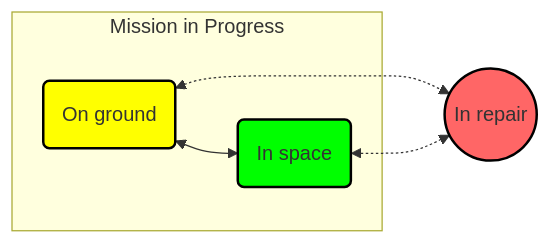
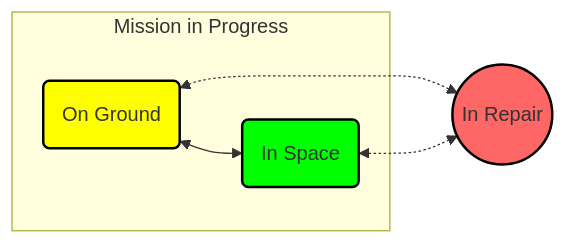
One commit to Ee-Cs/RecruitmentTaskS2 changed the third of 3 diagrams in docs/README.md. Above: the diagram before and after it, drawn with Mermaid. The commit also changed other lines of this file, not shown here.

````diff
--- a/docs/README.md
+++ b/docs/README.md
@@ -50,18 +50,18 @@
 ```mermaid
 flowchart LR
 %% 
-GND(On ground):::yellowBox
-SPC(In space):::greenBox
-REP((In repair)):::redBox
+GND(On Ground):::yellowBox
+SPC(In Space):::greenBox
+REP((In Repair)):::redBox
 
 subgraph "Mission in Progress"
   GND <--> SPC
 end
 GND <.-> REP
 SPC <.-> REP
 
 %% Style Definitions
   classDef redBox fill: #ff6666, stroke: #000, stroke-width: 2px
   classDef greenBox fill: #00ff00, stroke: #000, stroke-width: 2px
   classDef yellowBox fill: #ffff00, stroke: #000, stroke-width: 2px
 ```
````
